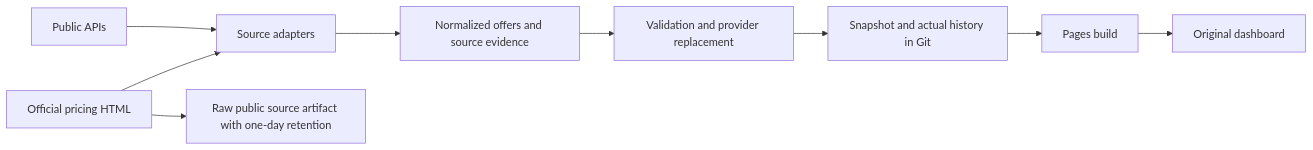
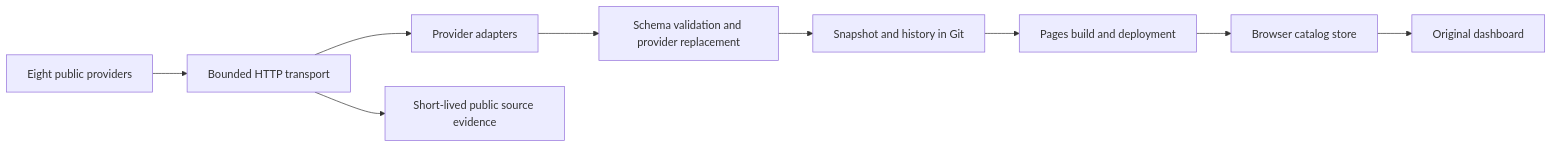
Before and after one commit to DarkStarStrix/gpu-price-tracker: the diagram in ARCHITECTURE.md, drawn with Mermaid. The commit also changed other lines of this file and 52 other files, not shown here.

````diff
--- a/ARCHITECTURE.md
+++ b/ARCHITECTURE.md
@@ -47,11 +9,11 @@
 ```mermaid
 flowchart LR
-  A[Public APIs] --> C[Source adapters]
-  B[Official pricing HTML] --> C
-  C --> D[Normalized offers and source evidence]
-  D --> E[Validation and provider replacement]
-  E --> F[Snapshot and actual history in Git]
-  F --> G[Pages build]
+  A[Eight public providers] --> B[Bounded HTTP transport]
+  B --> C[Provider adapters]
+  C --> D[Schema validation and provider replacement]
+  D --> E[Snapshot and history in Git]
+  E --> F[Pages build and deployment]
+  F --> G[Browser catalog store]
   G --> H[Original dashboard]
-  B --> I[Raw public source artifact with one-day retention]
+  B --> I[Short-lived public source evidence]
 ```
````
